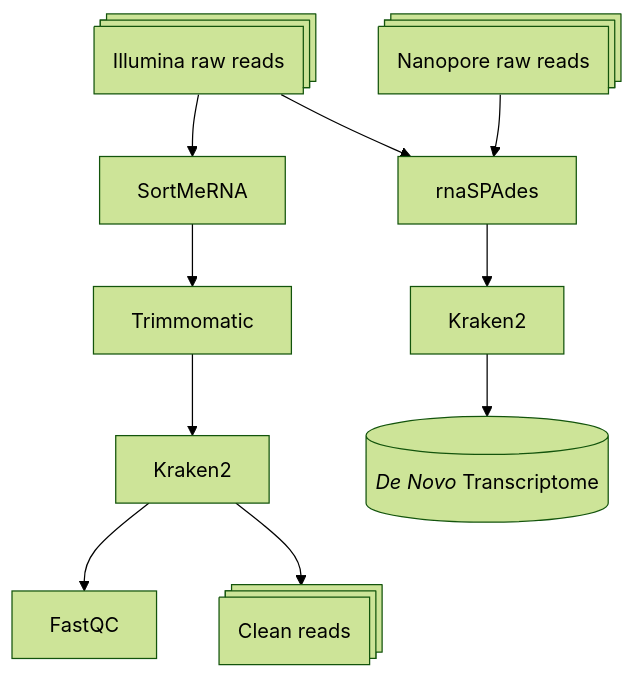
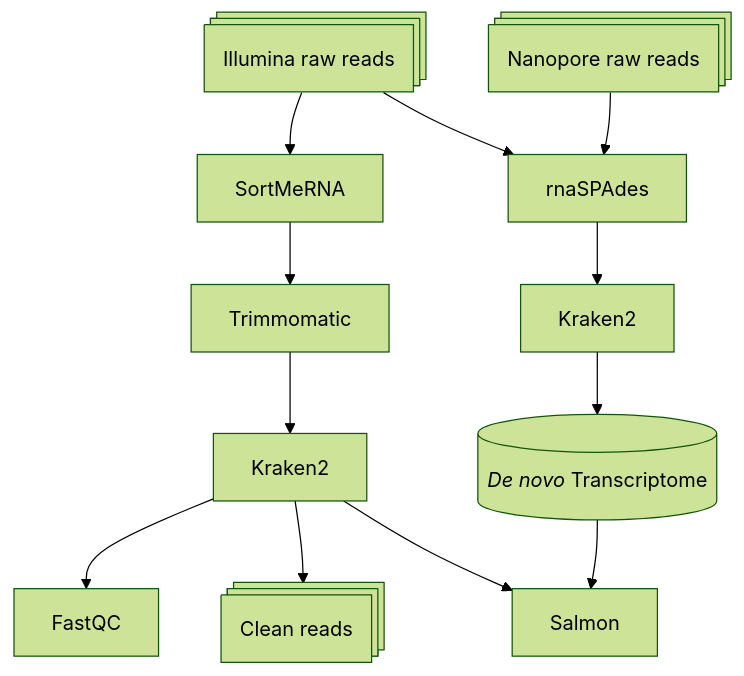
The diagram in README.md (kuprinak/Phragmites_drought_RNAseq), drawn with Mermaid (forest theme) before and after one commit.

````diff
--- a/README.md
+++ b/README.md
@@ -6,12 +6,14 @@
 ```mermaid
 flowchart TB
     A@{shape: procs, label: "Illumina raw reads"} --> B[SortMeRNA];
     B --> C[Trimmomatic];
     C --> K[Kraken2];
     K --> E[FastQC];
     K --> F@{shape: procs, label: "Clean reads"};
     A --> G[rnaSPAdes];
     AA@{shape: procs, label: "Nanopore raw reads"} --> G[rnaSPAdes];
     G --> K2[Kraken2];
-    K2 -->T@{shape: cyl, label: "_De Novo_ Transcriptome"};
+    K2 -->T@{shape: cyl, label: "_De novo_ Transcriptome"};
+K --> S[Salmon]
+T --> S[Salmon]
 ```
````
